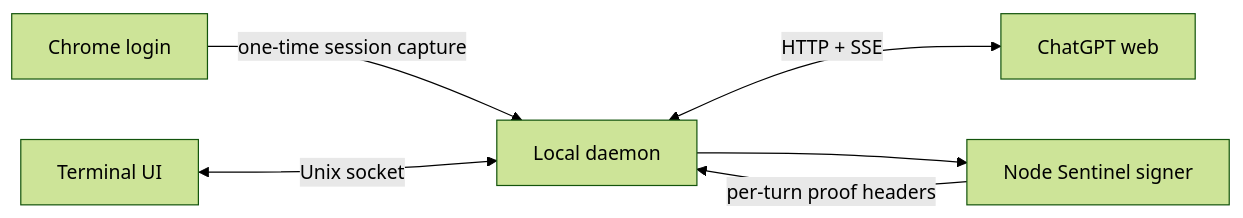
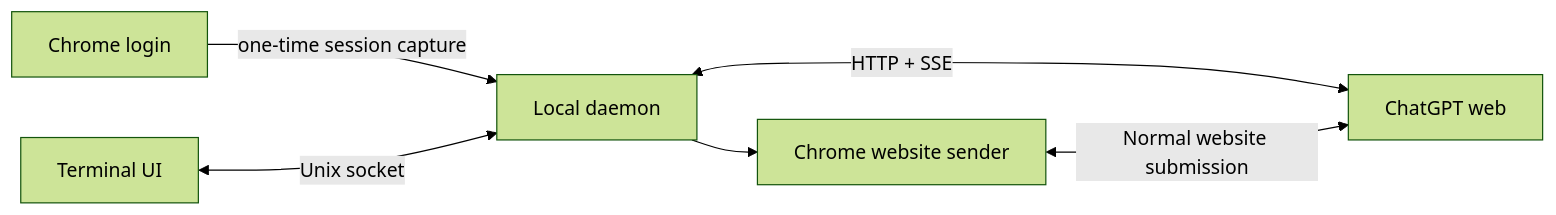
One commit to tritao/chatgpt-web changed the diagram in README.md. Above: the diagram before and after it, drawn with Mermaid (forest theme). The commit also changed other lines of this file and 4 other files, not shown here.

````diff
--- a/README.md
+++ b/README.md
@@ -131,8 +133,8 @@
 ```mermaid
 flowchart LR
     C[Chrome login] -->|one-time session capture| D[Local daemon]
     T[Terminal UI] <-->|Unix socket| D
     D <-->|HTTP + SSE| G[ChatGPT web]
-    D --> S[Node Sentinel signer]
-    S -->|per-turn proof headers| D
+    D --> B[Chrome website sender]
+    B <-->|Normal website submission| G
 ```
````
